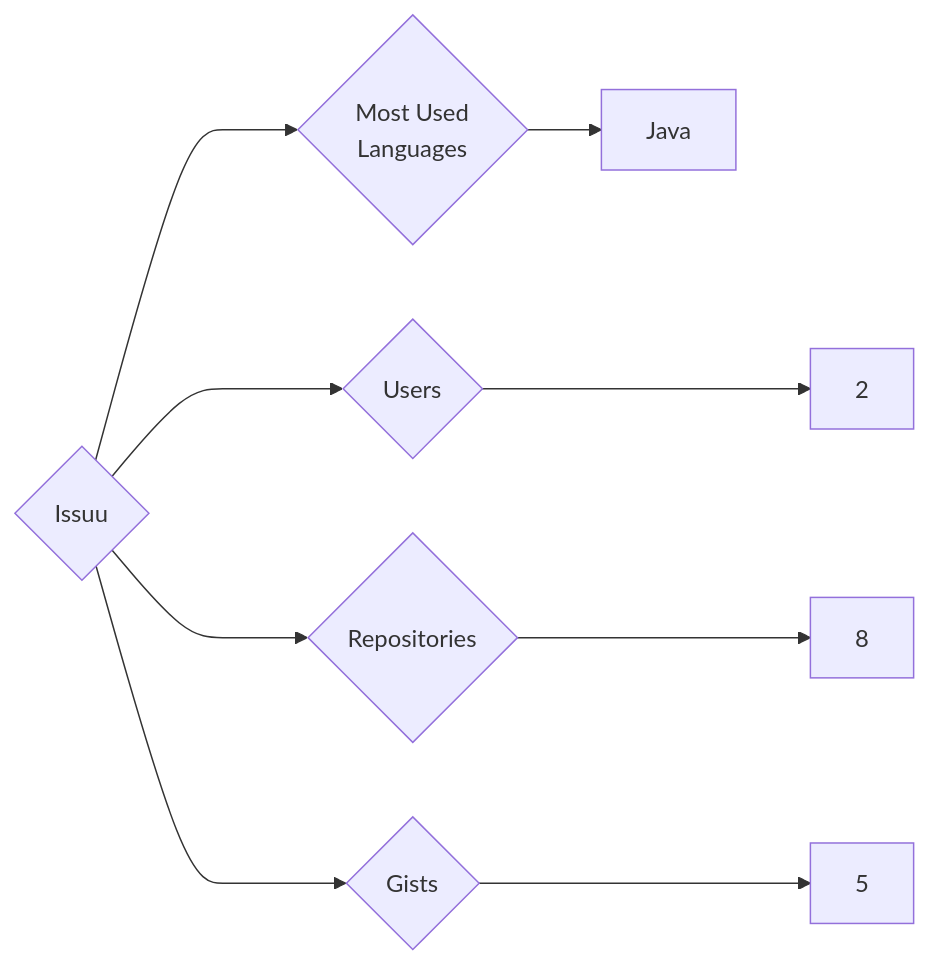
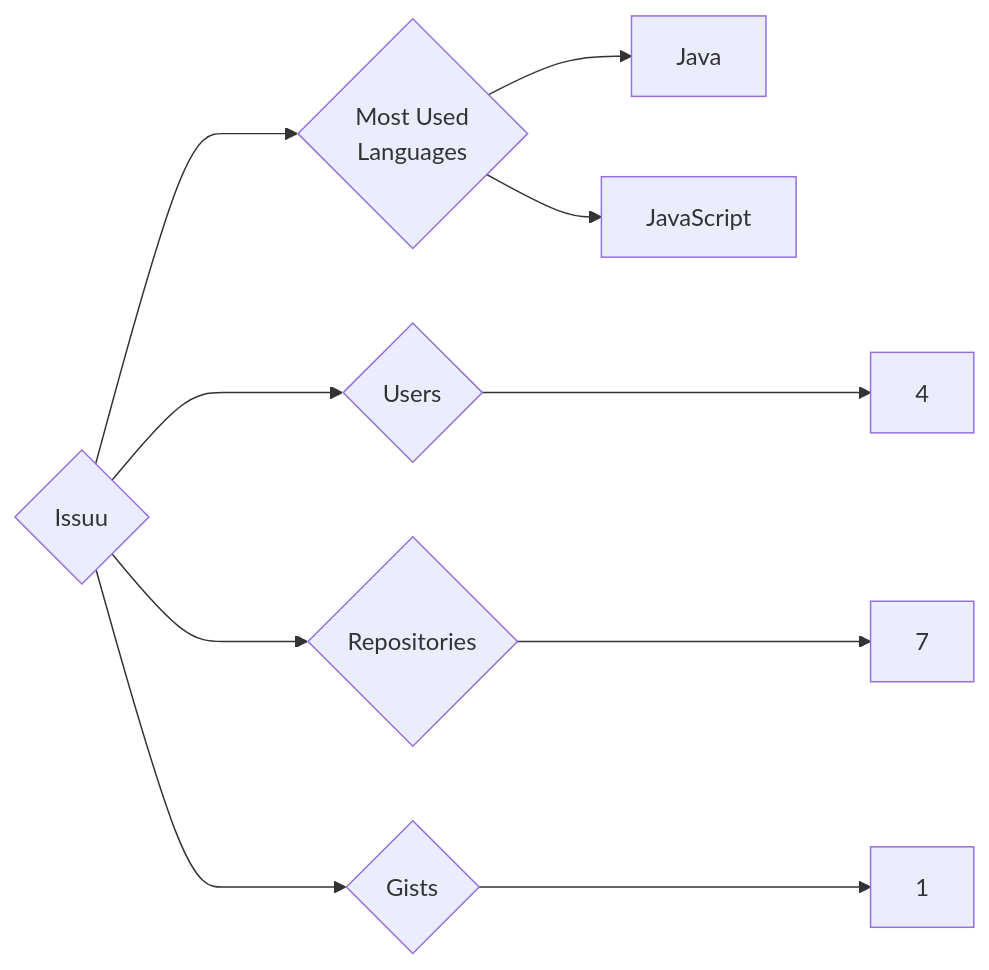
Before and after one commit to trickest/insiders: the diagram in targets/Issuu/README.md, drawn with Mermaid. The commit also changed 1084 other files, not shown here.

````diff
--- a/targets/Issuu/README.md
+++ b/targets/Issuu/README.md
@@ -3,9 +3,10 @@
 ```mermaid
 graph LR
 COMPANY_NAME{Issuu}
-COMPANY_NAME ---> U{Users} ---> UN[2]
-COMPANY_NAME ---> R{Repositories} ---> RN[8]
-COMPANY_NAME ---> G{Gists} ---> GN[5]
+COMPANY_NAME ---> U{Users} ---> UN[4]
+COMPANY_NAME ---> R{Repositories} ---> RN[7]
+COMPANY_NAME ---> G{Gists} ---> GN[1]
 COMPANY_NAME ---> ML{Most Used<br>Languages}
 ML --> Java[Java]
+ML --> JavaScript[JavaScript]
 ```
````
